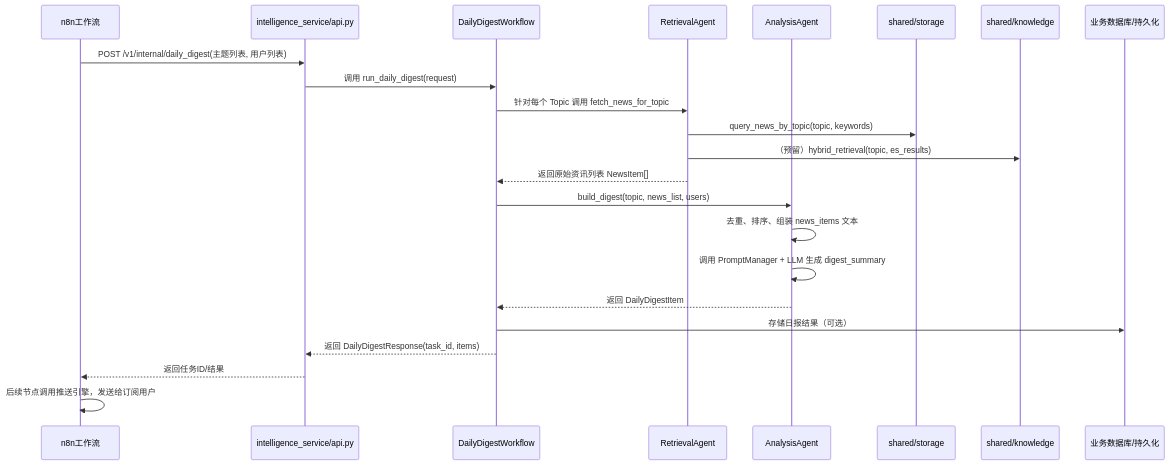
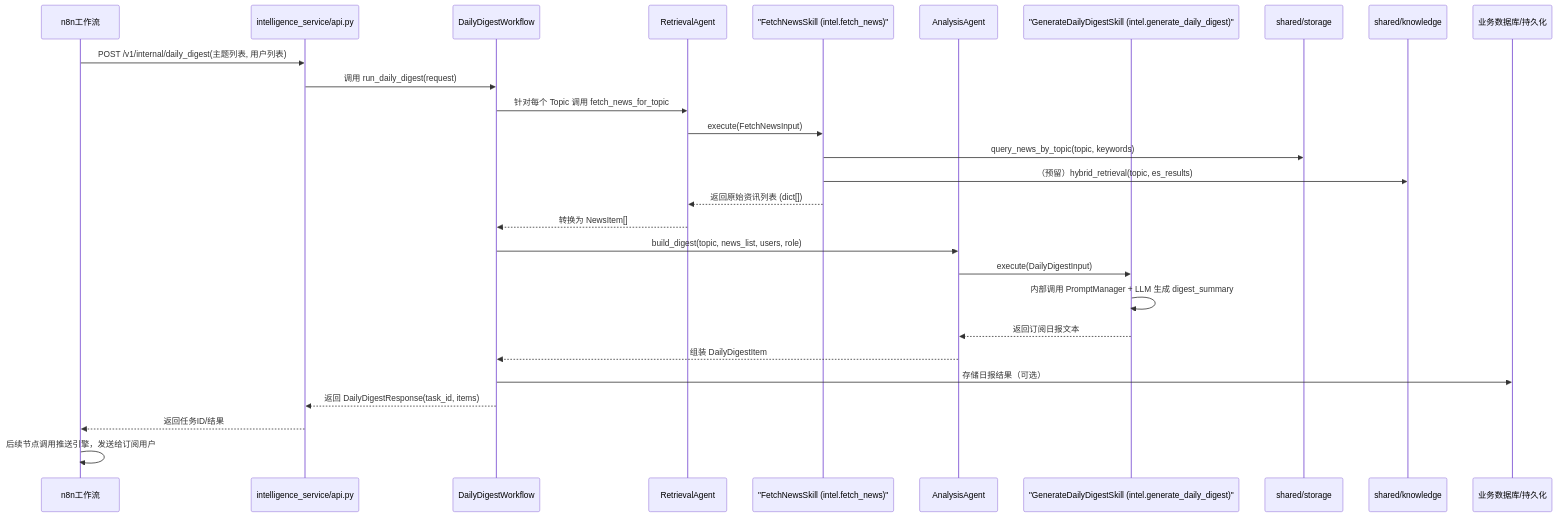
One commit to timoxue/LingNexus changed the first of 2 diagrams in docs/intelligence_subscription_daily_digest_design.md. Above: the diagram before and after it, drawn with Mermaid.

Commit message:
intelligence_subscription_daily_digest_design.md调整时序图

````diff
--- a/docs/intelligence_subscription_daily_digest_design.md
+++ b/docs/intelligence_subscription_daily_digest_design.md
@@ -48,26 +48,31 @@
 ```mermaid
 sequenceDiagram
     participant N8N as n8n工作流
     participant API as intelligence_service/api.py
     participant WF as DailyDigestWorkflow
     participant R as RetrievalAgent
+    participant SF as "FetchNewsSkill (intel.fetch_news)"
     participant A as AnalysisAgent
+    participant SD as "GenerateDailyDigestSkill (intel.generate_daily_digest)"
     participant Storage as shared/storage
     participant Knowledge as shared/knowledge
     participant DB as 业务数据库/持久化
 
     N8N->>API: POST /v1/internal/daily_digest(主题列表, 用户列表)
     API->>WF: 调用 run_daily_digest(request)
     WF->>R: 针对每个 Topic 调用 fetch_news_for_topic
-    R->>Storage: query_news_by_topic(topic, keywords)
-    R->>Knowledge: （预留）hybrid_retrieval(topic, es_results)
-    R-->>WF: 返回原始资讯列表 NewsItem[]
-    WF->>A: build_digest(topic, news_list, users)
-    A->>A: 去重、排序、组装 news_items 文本
-    A->>A: 调用 PromptManager + LLM 生成 digest_summary
-    A-->>WF: 返回 DailyDigestItem
+    R->>SF: execute(FetchNewsInput)
+    SF->>Storage: query_news_by_topic(topic, keywords)
+    SF->>Knowledge: （预留）hybrid_retrieval(topic, es_results)
+    SF-->>R: 返回原始资讯列表 (dict[])
+    R-->>WF: 转换为 NewsItem[]
+    WF->>A: build_digest(topic, news_list, users, role)
+    A->>SD: execute(DailyDigestInput)
+    SD->>SD: 内部调用 PromptManager + LLM 生成 digest_summary
+    SD-->>A: 返回订阅日报文本
+    A-->>WF: 组装 DailyDigestItem
     WF->>DB: 存储日报结果（可选）
     WF-->>API: 返回 DailyDigestResponse(task_id, items)
     API-->>N8N: 返回任务ID/结果
     N8N->>N8N: 后续节点调用推送引擎，发送给订阅用户
 ```
````
